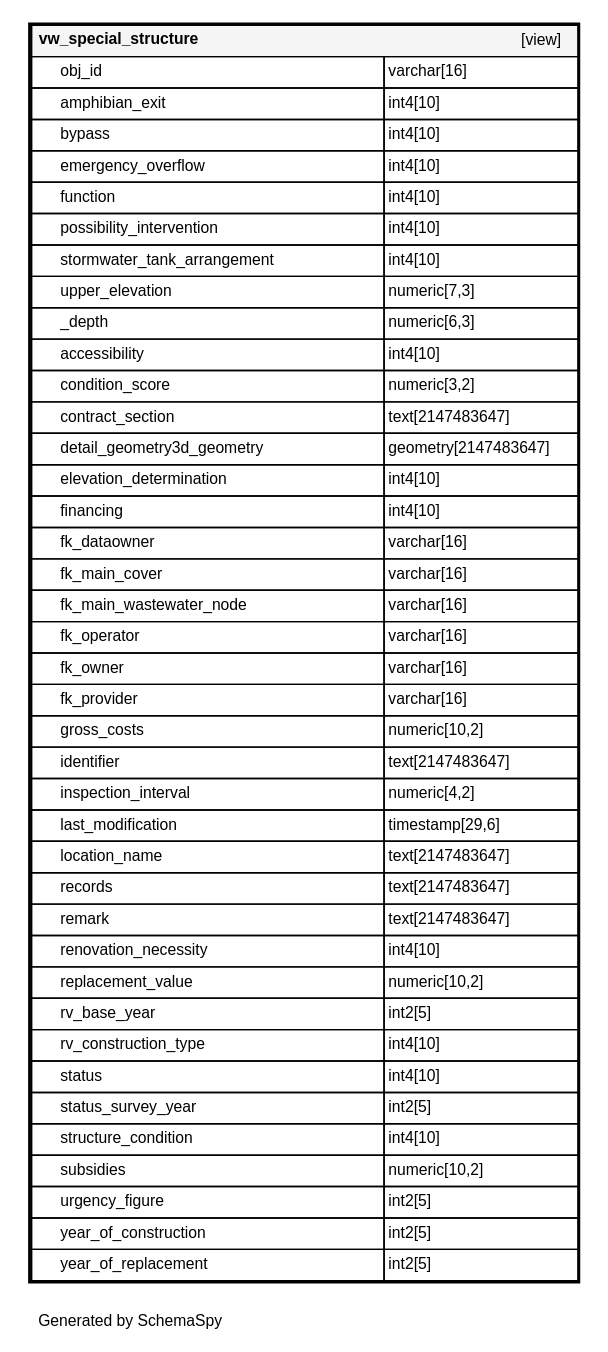
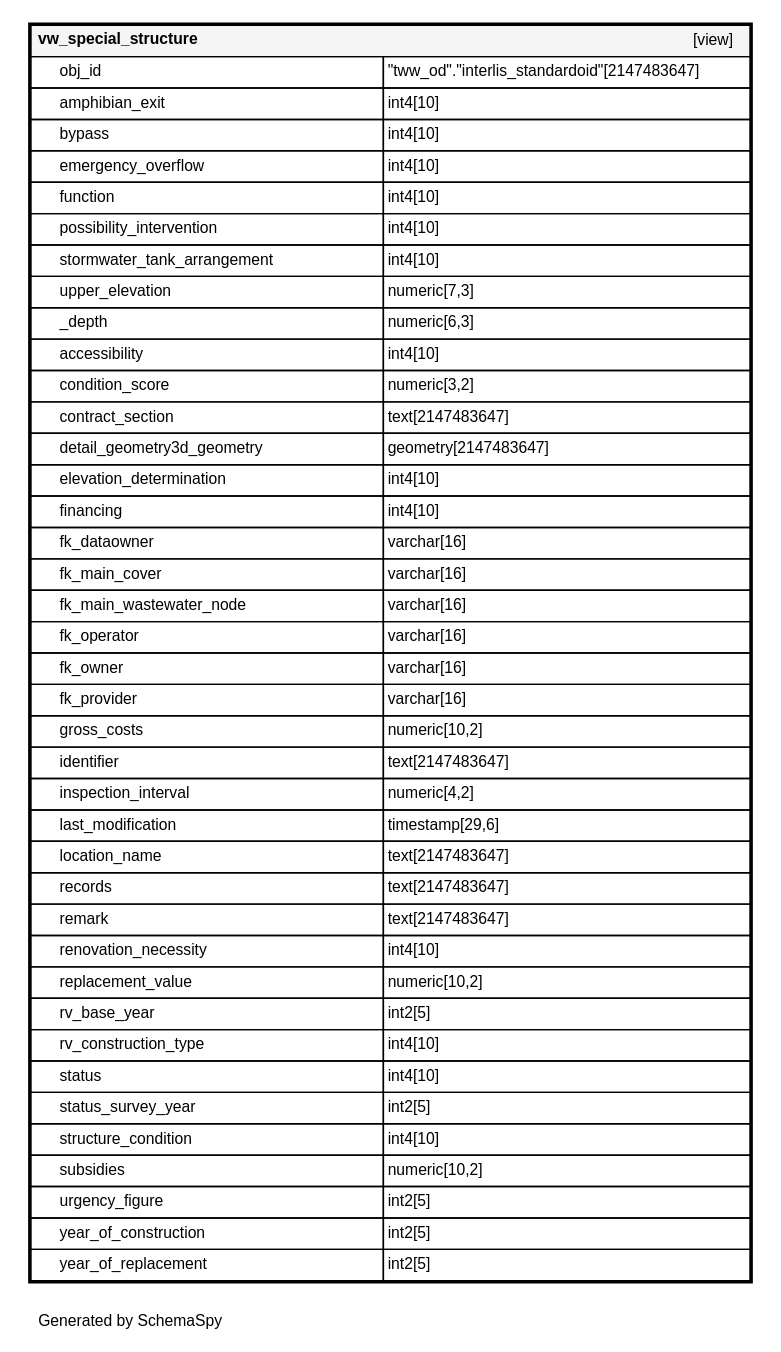
Before and after one commit to teksi/wastewater: the diagram in latest/en/_static/datamodel/tww_app/diagrams/tables/vw_special_structure.1degree.dot, drawn with Graphviz. The commit also changed 582 other files, not shown here.

```diff
--- a/latest/en/_static/datamodel/tww_app/diagrams/tables/vw_special_structure.1degree.dot
+++ b/latest/en/_static/datamodel/tww_app/diagrams/tables/vw_special_structure.1degree.dot
@@ -4,7 +4,7 @@
    label=<
     <TABLE BORDER="2" CELLBORDER="1" CELLSPACING="0" BGCOLOR="#ffffff">
       <TR><TD COLSPAN="4"  BGCOLOR="#f5f5f5"><TABLE BORDER="0" CELLSPACING="0"><TR><TD ALIGN="LEFT" FIXEDSIZE="TRUE" WIDTH="152" HEIGHT="16"><B>vw_special_structure</B></TD><TD ALIGN="RIGHT">[view]</TD></TR></TABLE></TD></TR>
-      <TR><TD PORT="obj_id" COLSPAN="2" ALIGN="LEFT"><TABLE BORDER="0" CELLSPACING="0" ALIGN="LEFT"><TR ALIGN="LEFT"><TD ALIGN="LEFT" FIXEDSIZE="TRUE" WIDTH="15" HEIGHT="16"></TD><TD ALIGN="LEFT" FIXEDSIZE="TRUE" WIDTH="226" HEIGHT="16">obj_id</TD></TR></TABLE></TD><TD PORT="obj_id.type" ALIGN="LEFT">varchar[16]</TD></TR>
+      <TR><TD PORT="obj_id" COLSPAN="2" ALIGN="LEFT"><TABLE BORDER="0" CELLSPACING="0" ALIGN="LEFT"><TR ALIGN="LEFT"><TD ALIGN="LEFT" FIXEDSIZE="TRUE" WIDTH="15" HEIGHT="16"></TD><TD ALIGN="LEFT" FIXEDSIZE="TRUE" WIDTH="226" HEIGHT="16">obj_id</TD></TR></TABLE></TD><TD PORT="obj_id.type" ALIGN="LEFT">&quot;tww_od&quot;.&quot;interlis_standardoid&quot;[2147483647]</TD></TR>
       <TR><TD PORT="amphibian_exit" COLSPAN="2" ALIGN="LEFT"><TABLE BORDER="0" CELLSPACING="0" ALIGN="LEFT"><TR ALIGN="LEFT"><TD ALIGN="LEFT" FIXEDSIZE="TRUE" WIDTH="15" HEIGHT="16"></TD><TD ALIGN="LEFT" FIXEDSIZE="TRUE" WIDTH="226" HEIGHT="16">amphibian_exit</TD></TR></TABLE></TD><TD PORT="amphibian_exit.type" ALIGN="LEFT">int4[10]</TD></TR>
       <TR><TD PORT="bypass" COLSPAN="2" ALIGN="LEFT"><TABLE BORDER="0" CELLSPACING="0" ALIGN="LEFT"><TR ALIGN="LEFT"><TD ALIGN="LEFT" FIXEDSIZE="TRUE" WIDTH="15" HEIGHT="16"></TD><TD ALIGN="LEFT" FIXEDSIZE="TRUE" WIDTH="226" HEIGHT="16">bypass</TD></TR></TABLE></TD><TD PORT="bypass.type" ALIGN="LEFT">int4[10]</TD></TR>
       <TR><TD PORT="emergency_overflow" COLSPAN="2" ALIGN="LEFT"><TABLE BORDER="0" CELLSPACING="0" ALIGN="LEFT"><TR ALIGN="LEFT"><TD ALIGN="LEFT" FIXEDSIZE="TRUE" WIDTH="15" HEIGHT="16"></TD><TD ALIGN="LEFT" FIXEDSIZE="TRUE" WIDTH="226" HEIGHT="16">emergency_overflow</TD></TR></TABLE></TD><TD PORT="emergency_overflow.type" ALIGN="LEFT">int4[10]</TD></TR>
```
